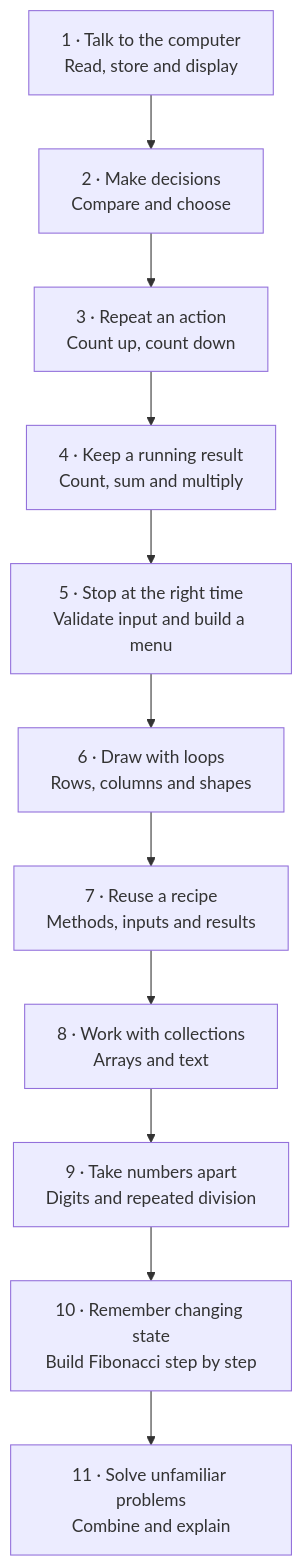
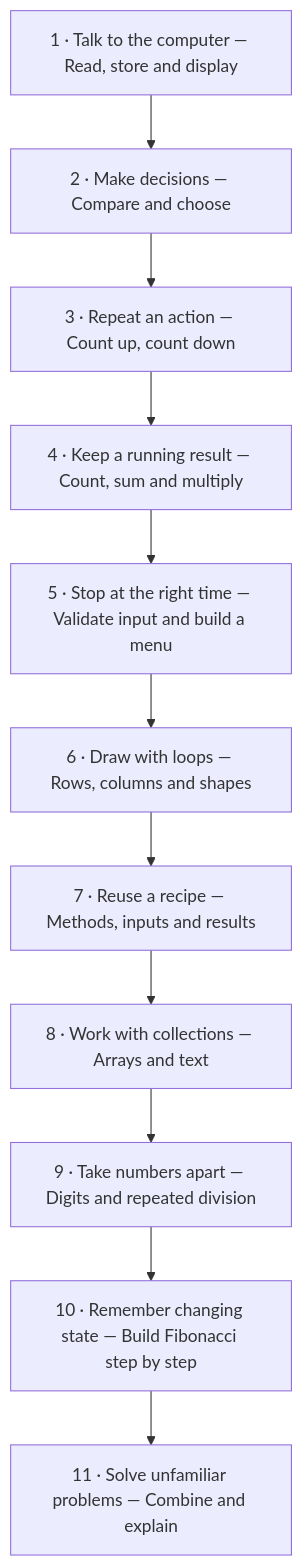
The diagram in ROADMAP.md (lfarci/csharp-programming-fundamentals), drawn with Mermaid before and after one commit.

Commit message:
docs: keep roadmap diagram labels portable

````diff
--- a/ROADMAP.md
+++ b/ROADMAP.md
@@ -9,13 +9,13 @@
 ```mermaid
 flowchart TD
-    A["1 · Talk to the computer<br/>Read, store and display"] --> B["2 · Make decisions<br/>Compare and choose"]
-    B --> C["3 · Repeat an action<br/>Count up, count down"]
-    C --> D["4 · Keep a running result<br/>Count, sum and multiply"]
-    D --> E["5 · Stop at the right time<br/>Validate input and build a menu"]
-    E --> F["6 · Draw with loops<br/>Rows, columns and shapes"]
-    F --> G["7 · Reuse a recipe<br/>Methods, inputs and results"]
-    G --> H["8 · Work with collections<br/>Arrays and text"]
-    H --> I["9 · Take numbers apart<br/>Digits and repeated division"]
-    I --> J["10 · Remember changing state<br/>Build Fibonacci step by step"]
-    J --> K["11 · Solve unfamiliar problems<br/>Combine and explain"]
+    A["1 · Talk to the computer — Read, store and display"] --> B["2 · Make decisions — Compare and choose"]
+    B --> C["3 · Repeat an action — Count up, count down"]
+    C --> D["4 · Keep a running result — Count, sum and multiply"]
+    D --> E["5 · Stop at the right time — Validate input and build a menu"]
+    E --> F["6 · Draw with loops — Rows, columns and shapes"]
+    F --> G["7 · Reuse a recipe — Methods, inputs and results"]
+    G --> H["8 · Work with collections — Arrays and text"]
+    H --> I["9 · Take numbers apart — Digits and repeated division"]
+    I --> J["10 · Remember changing state — Build Fibonacci step by step"]
+    J --> K["11 · Solve unfamiliar problems — Combine and explain"]
 ```
````
